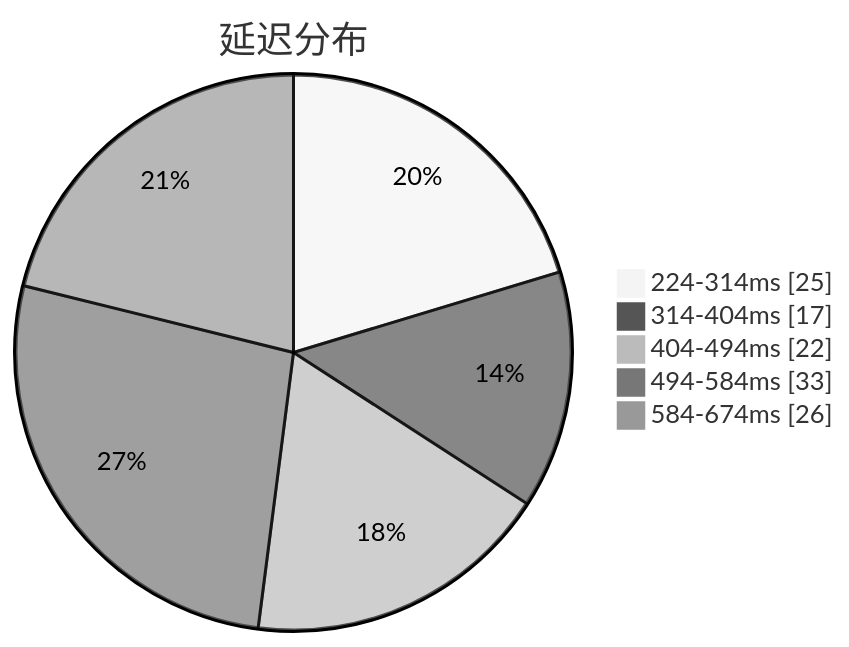
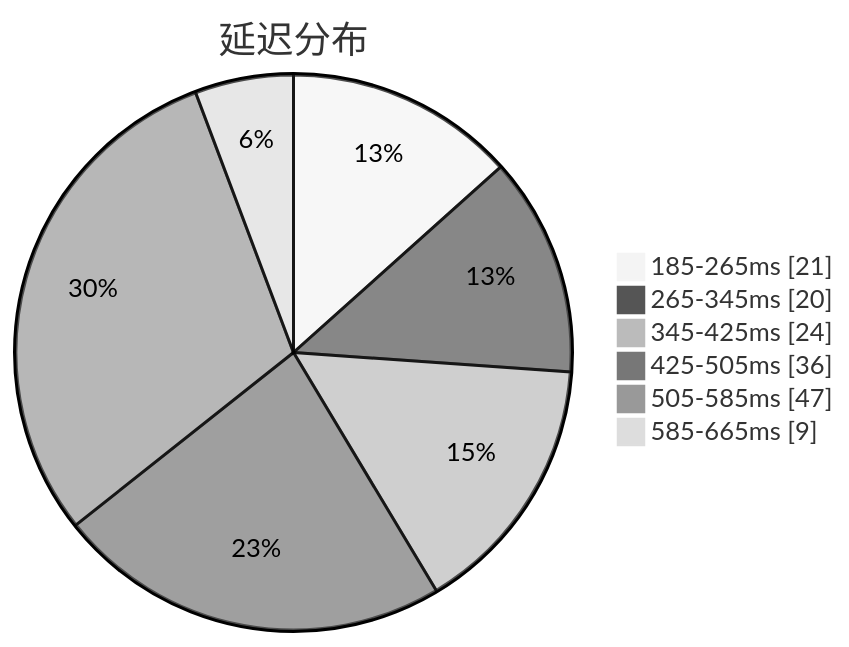
One commit to qjlxg/airport changed the first of 3 diagrams in subs/statistics/tested_within.md. Above: the diagram before and after it, drawn with Mermaid (neutral theme). The commit also changed other lines of this file and 2 other files, not shown here.

````diff
--- a/subs/statistics/tested_within.md
+++ b/subs/statistics/tested_within.md
@@ -2,9 +2,10 @@
 ```mermaid
 pie showData
 title 延迟分布
-"224-314ms" : 25
-"314-404ms" : 17
-"404-494ms" : 22
-"494-584ms" : 33
-"584-674ms" : 26
+"185-265ms" : 21
+"265-345ms" : 20
+"345-425ms" : 24
+"425-505ms" : 36
+"505-585ms" : 47
+"585-665ms" : 9
 ```
````
